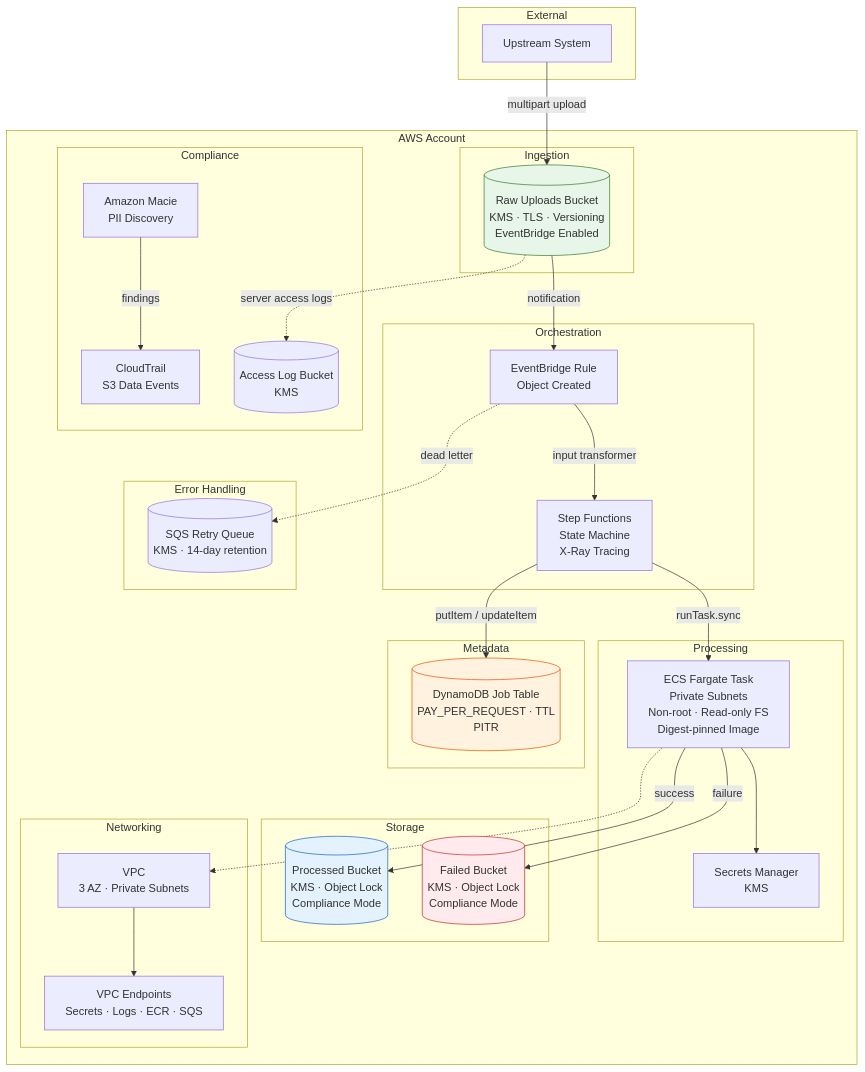
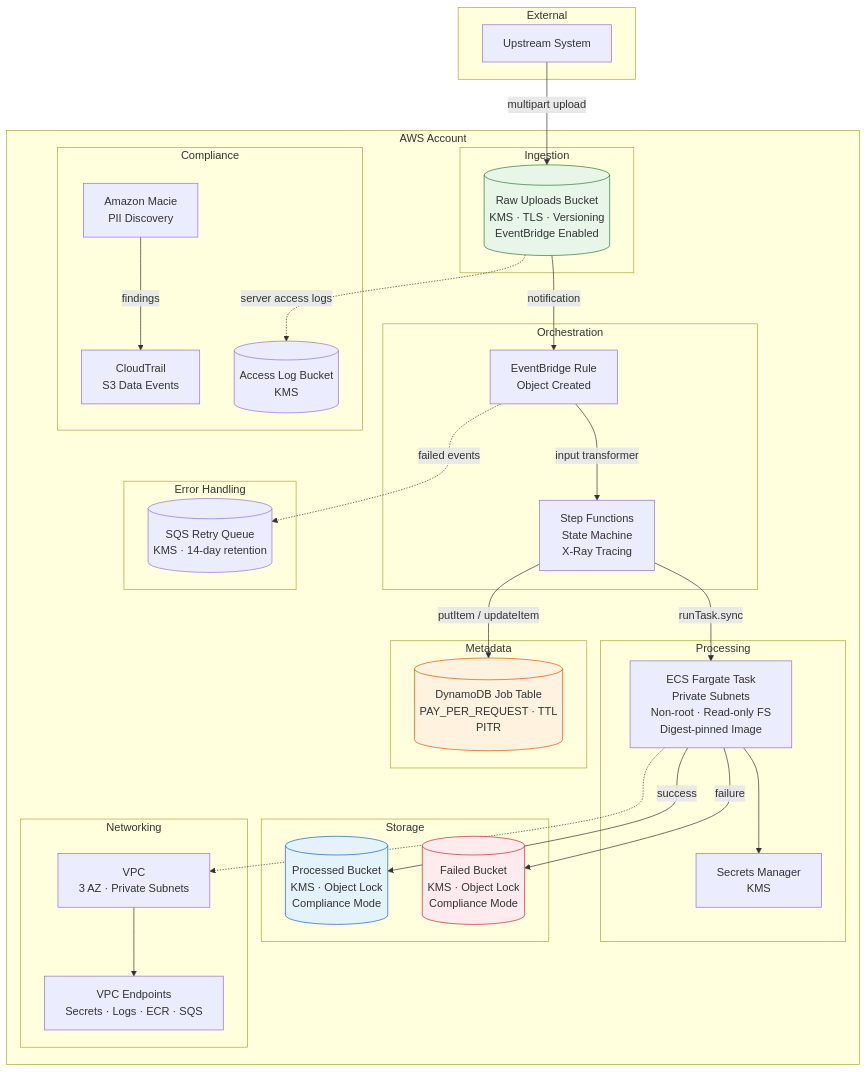
The first of 2 diagrams in README.md (tukue/data-platform-infrastructure-project2), drawn with Mermaid before and after one commit. The commit also changed other lines of this file, not shown here.

Commit message:
Replace dead-letter queue terminology with retry queue

````diff
--- a/README.md
+++ b/README.md
@@ -59,64 +59,64 @@
 ```mermaid
 flowchart TB
     subgraph External
         user[Upstream System]
     end
 
     subgraph "AWS Account"
         subgraph Ingestion
             raw[("Raw Uploads Bucket<br/>KMS · TLS · Versioning<br/>EventBridge Enabled")]
             user -->|multipart upload| raw
         end
 
         subgraph Orchestration
             rule[EventBridge Rule<br/>Object Created]
             sfn[Step Functions<br/>State Machine<br/>X-Ray Tracing]
             raw -->|notification| rule
             rule -->|input transformer| sfn
         end
 
         subgraph Processing
             ecs[ECS Fargate Task<br/>Private Subnets<br/>Non-root · Read-only FS<br/>Digest-pinned Image]
             secrets[Secrets Manager<br/>KMS]
             sfn -->|runTask.sync| ecs
             ecs --> secrets
         end
 
         subgraph Storage
             processed[("Processed Bucket<br/>KMS · Object Lock<br/>Compliance Mode")]
             failed[("Failed Bucket<br/>KMS · Object Lock<br/>Compliance Mode")]
             ecs -->|success| processed
             ecs -->|failure| failed
         end
 
         subgraph Metadata
             jobs[(DynamoDB Job Table<br/>PAY_PER_REQUEST · TTL<br/>PITR)]
             sfn -->|putItem / updateItem| jobs
         end
 
         subgraph Error Handling
             retry[(SQS Retry Queue<br/>KMS · 14-day retention)]
-            rule -.->|dead letter| retry
+            rule -.->|failed events| retry
         end
 
         subgraph Compliance
             trail[CloudTrail<br/>S3 Data Events]
             macie[Amazon Macie<br/>PII Discovery]
             accessLogs[("Access Log Bucket<br/>KMS")]
             raw -.->|server access logs| accessLogs
             macie -->|findings| trail
         end
 
         subgraph Networking
             vpc[VPC<br/>3 AZ · Private Subnets]
             endpoints[VPC Endpoints<br/>Secrets · Logs · ECR · SQS]
             vpc --> endpoints
             ecs -.-> vpc
         end
     end
 
     style raw fill:#E8F5E9,stroke:#2E7D32
     style processed fill:#E3F2FD,stroke:#1565C0
     style failed fill:#FFEBEE,stroke:#C62828
     style jobs fill:#FFF3E0,stroke:#E65100
 ```
````
